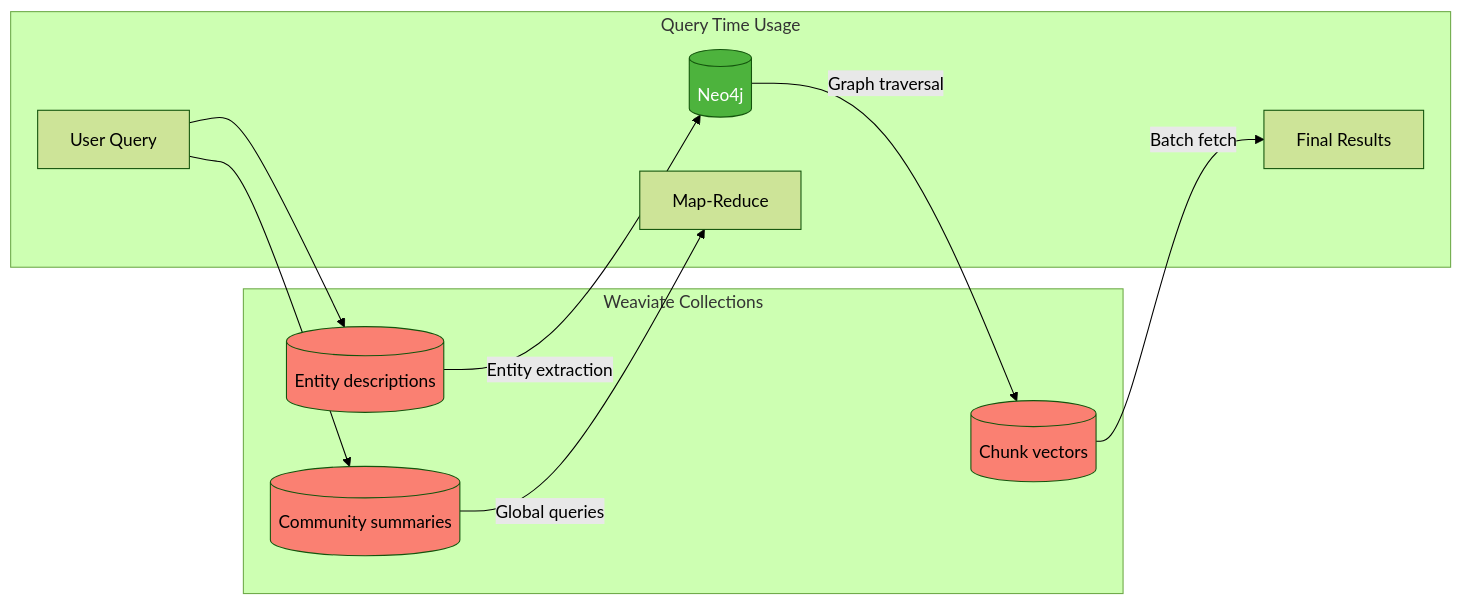
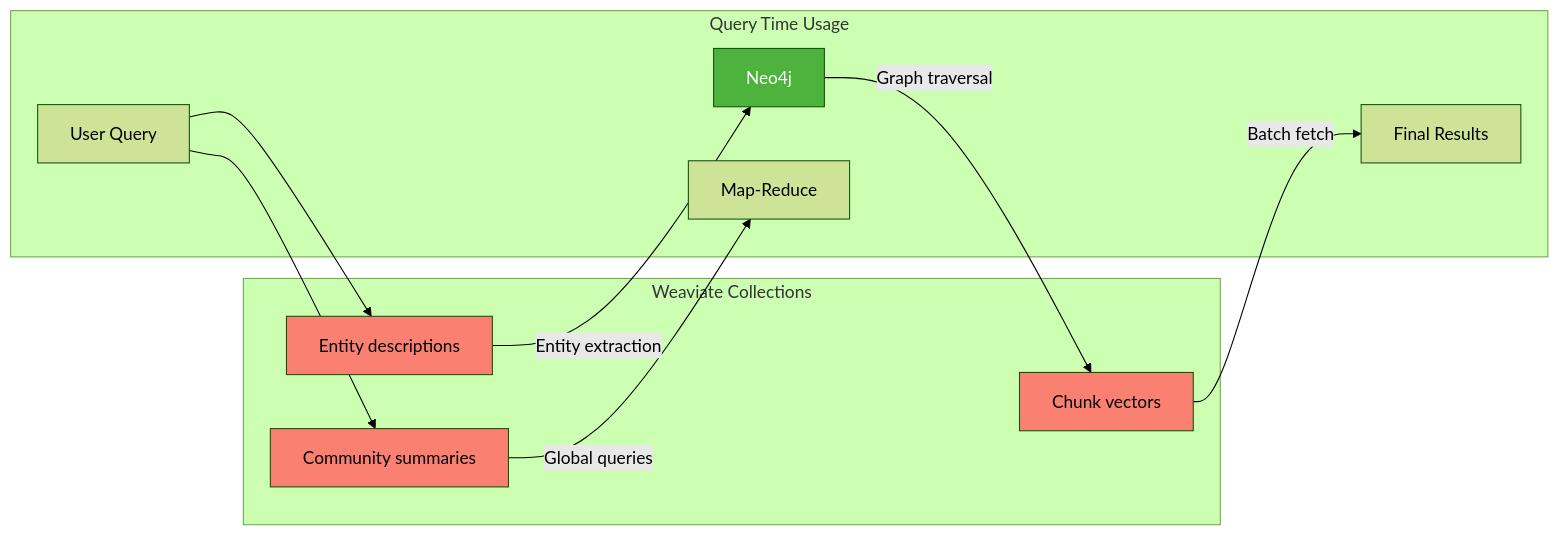
Before and after one commit to crlsrmrlsz/raglab: the sixth of 8 diagrams in memory-bank/graphrag/graphrag_raglab_implementation.md, drawn with Mermaid (forest theme). The commit also changed other lines of this file, not shown here.

First line of the commit message:
fix(docs): remove quotes from mermaid cylinder nodes and simplify code blocks

````diff
--- a/memory-bank/graphrag/graphrag_raglab_implementation.md
+++ b/memory-bank/graphrag/graphrag_raglab_implementation.md
@@ -453,23 +453,23 @@
 ```mermaid
 flowchart LR
     subgraph Collections["Weaviate Collections"]
-        CHUNKS[("Chunk vectors")]
-        COMMS[("Community summaries")]
-        ENTS[("Entity descriptions")]
+        CHUNKS[Chunk vectors]
+        COMMS[Community summaries]
+        ENTS[Entity descriptions]
     end
 
     subgraph Usage["Query Time Usage"]
         QUERY[User Query] --> ENTS
         QUERY --> COMMS
 
-        ENTS --> |Entity extraction| NEO4J[("Neo4j")]
+        ENTS --> |Entity extraction| NEO4J[Neo4j]
         NEO4J --> |Graph traversal| CHUNKS
         CHUNKS --> |Batch fetch| RESULTS[Final Results]
         COMMS --> |Global queries| MAPRED[Map-Reduce]
     end
 
     style CHUNKS fill:#fa8072
     style COMMS fill:#fa8072
     style ENTS fill:#fa8072
     style NEO4J fill:#4db33d,color:white
 ```
````
